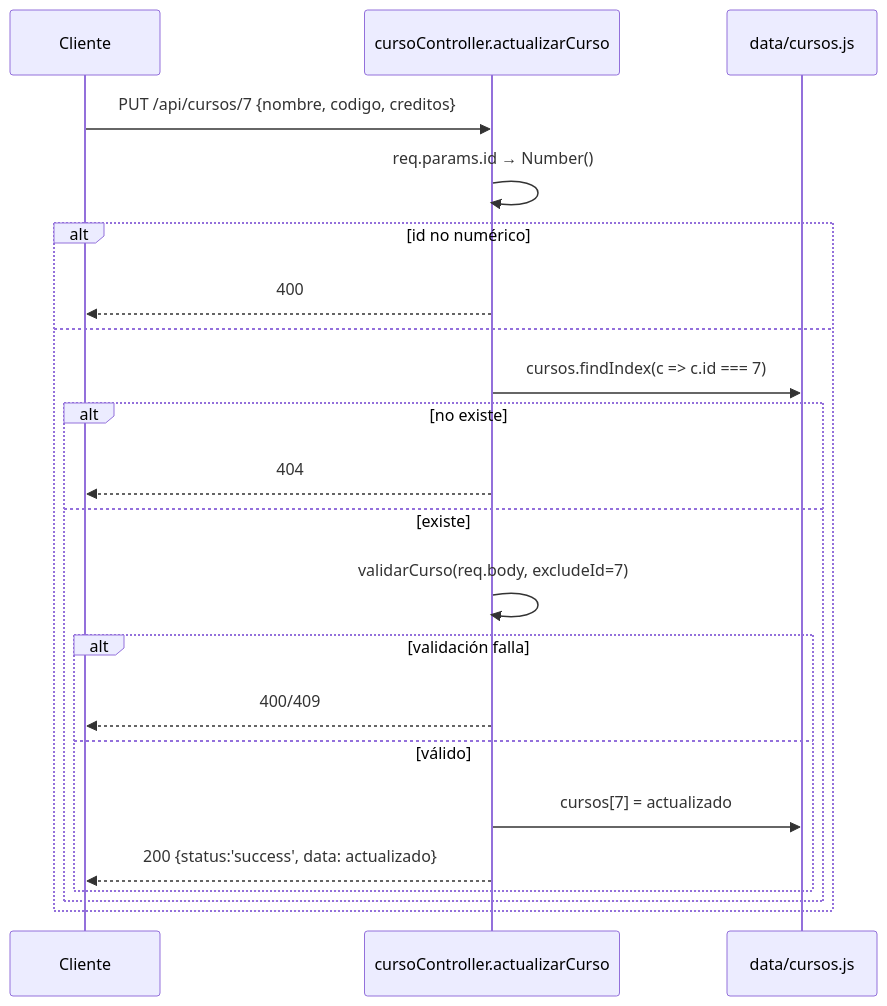
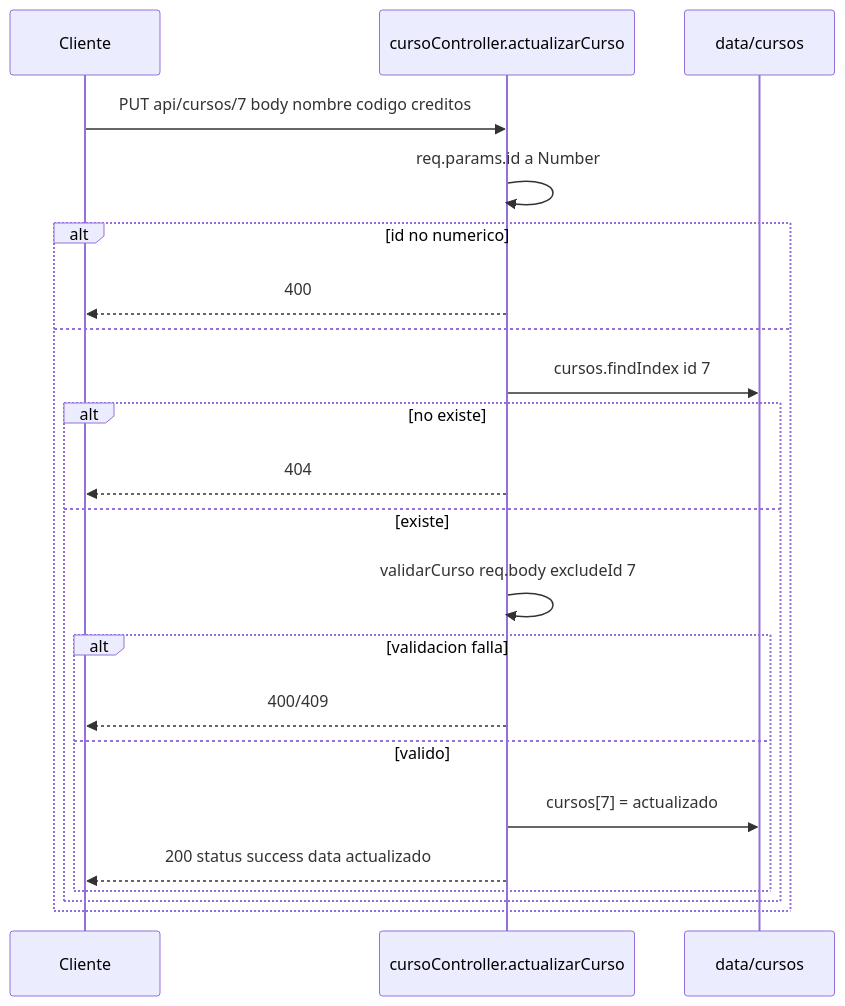
Before and after one commit to camiloSis/Programacion-Web-Systems: the sixth of 11 diagrams in Lab06VersionIndividual/lab06-api-cursos/flujo.md, drawn with Mermaid. The commit also changed other lines of this file, not shown here.

````diff
--- a/Lab06VersionIndividual/lab06-api-cursos/flujo.md
+++ b/Lab06VersionIndividual/lab06-api-cursos/flujo.md
@@ -195,25 +195,25 @@
 ```mermaid
 sequenceDiagram
     participant C as Cliente
     participant CT as cursoController.actualizarCurso
-    participant DT as data/cursos.js
+    participant DT as data/cursos
 
-    C->>CT: PUT /api/cursos/7 {nombre, codigo, creditos}
-    CT->>CT: req.params.id → Number()
-    alt id no numérico
+    C->>CT: PUT api/cursos/7 body nombre codigo creditos
+    CT->>CT: req.params.id a Number
+    alt id no numerico
         CT-->>C: 400
     else
-        CT->>DT: cursos.findIndex(c => c.id === 7)
+        CT->>DT: cursos.findIndex id 7
         alt no existe
             CT-->>C: 404
         else existe
-            CT->>CT: validarCurso(req.body, excludeId=7)
-            alt validación falla
+            CT->>CT: validarCurso req.body excludeId 7
+            alt validacion falla
                 CT-->>C: 400/409
-            else válido
+            else valido
                 CT->>DT: cursos[7] = actualizado
-                CT-->>C: 200 {status:'success', data: actualizado}
+                CT-->>C: 200 status success data actualizado
             end
         end
     end
 ```
````
